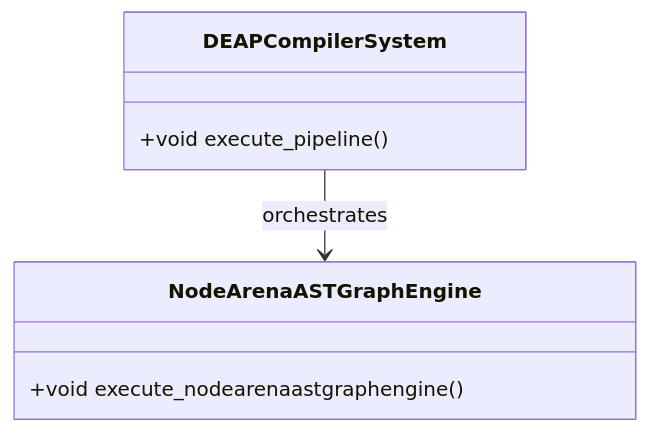
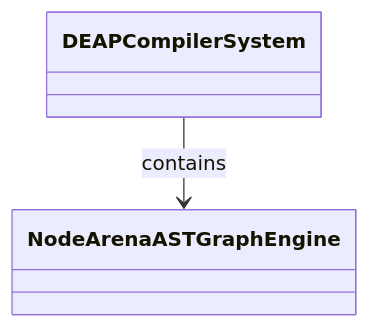
Before and after one commit to gintatkinson/dumpiler-01: the diagram in docs/features/FEAT-16-NodeArenaASTGraphEngine.md, drawn with Mermaid. The commit also changed other lines of this file and 101 other files, not shown here.

````diff
--- a/docs/features/FEAT-16-NodeArenaASTGraphEngine.md
+++ b/docs/features/FEAT-16-NodeArenaASTGraphEngine.md
@@ -25,10 +29,6 @@
 ```mermaid
 classDiagram
-    class DEAPCompilerSystem {
-        +void execute_pipeline()
-    }
-    class NodeArenaASTGraphEngine {
-        +void execute_nodearenaastgraphengine()
-    }
-    DEAPCompilerSystem --> NodeArenaASTGraphEngine : orchestrates
+    class DEAPCompilerSystem
+    class NodeArenaASTGraphEngine
+    DEAPCompilerSystem --> NodeArenaASTGraphEngine : contains
 ```
````
